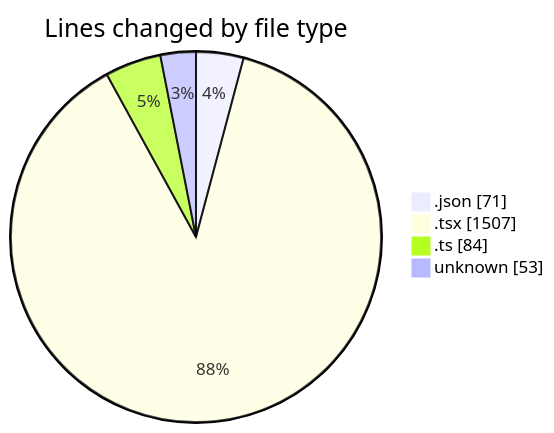
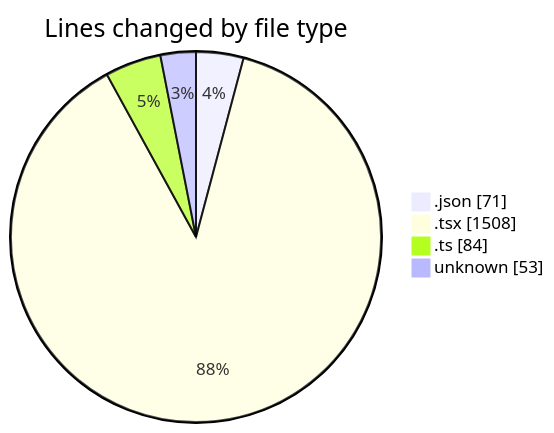
Before and after one commit to momahboobian/code-tracking: the first of 2 diagrams in 2026-01-29/cda/README.md, drawn with Mermaid. The commit also changed other lines of this file and 1 other file, not shown here.

````diff
--- a/2026-01-29/cda/README.md
+++ b/2026-01-29/cda/README.md
@@ -23,8 +23,8 @@
 ```mermaid
 pie showData
 title Lines changed by file type
 ".json" : 71
-".tsx" : 1507
+".tsx" : 1508
 ".ts" : 84
 "unknown" : 53
 ```
````
